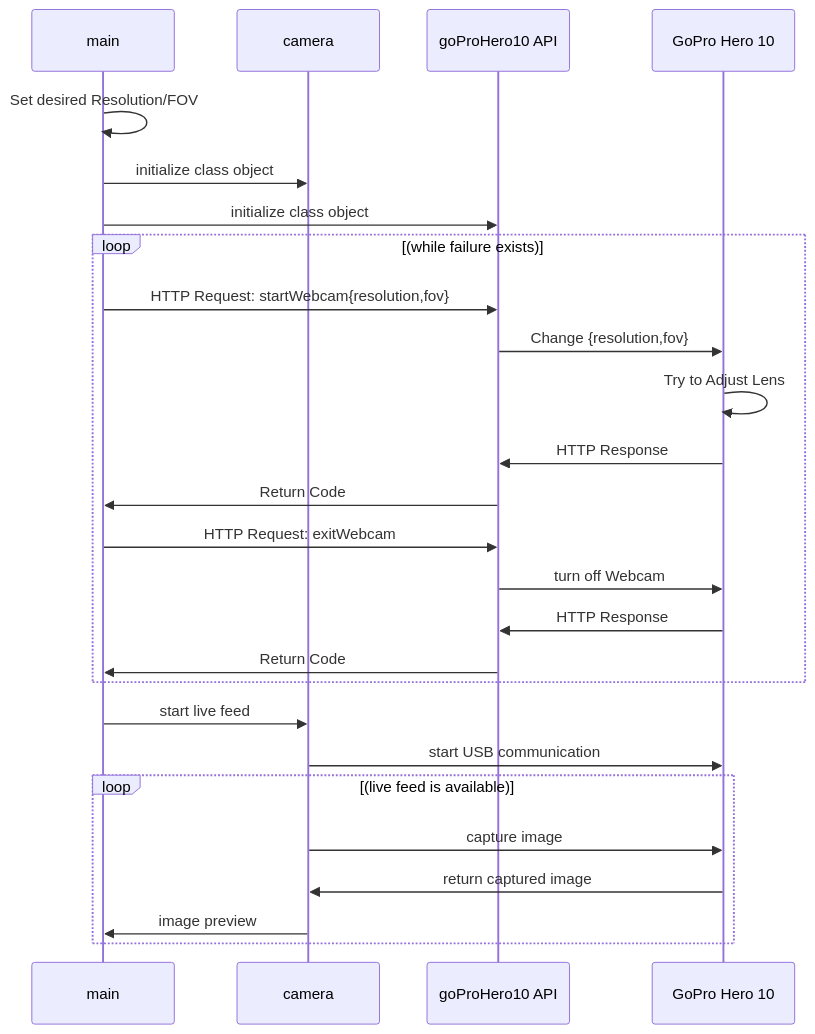
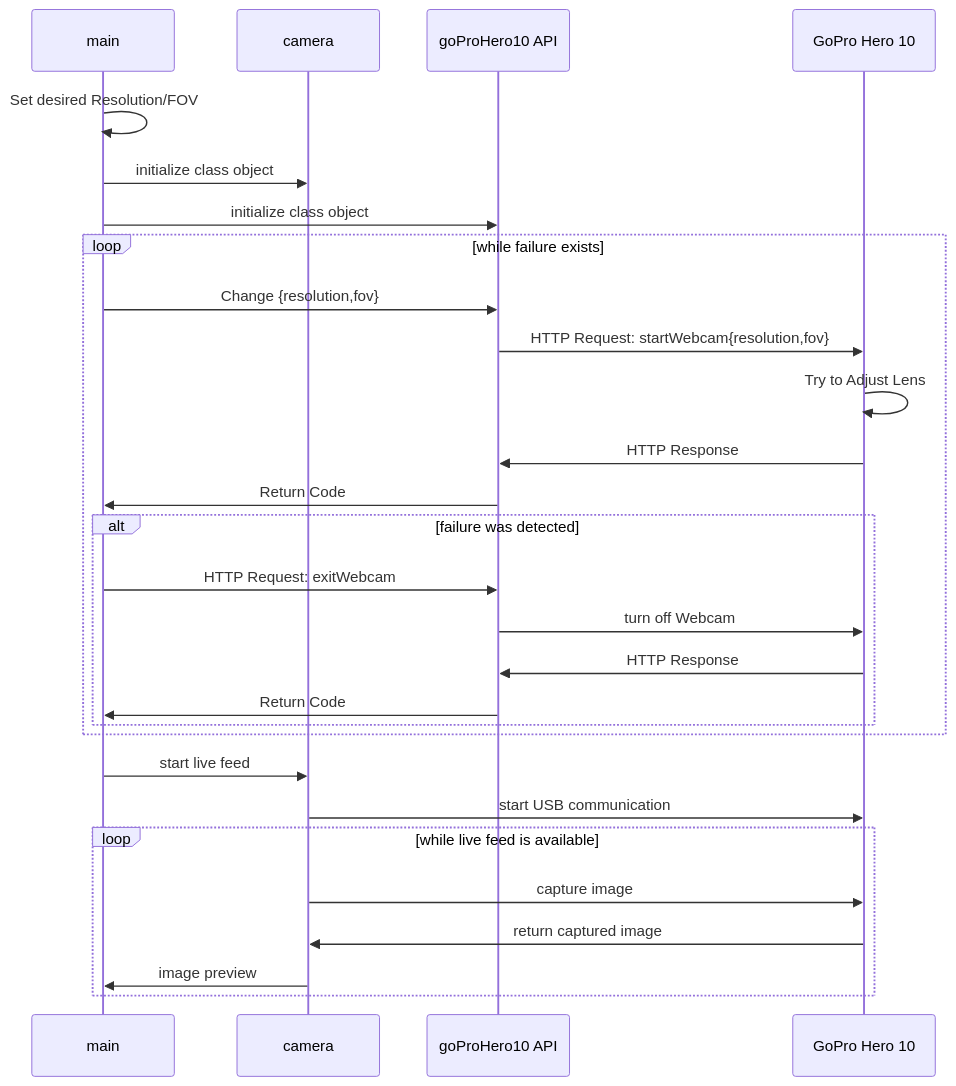
Before and after one commit to conradoguimaraes/goProHero10: the diagram in README.md, drawn with Mermaid. The commit also changed other lines of this file, not shown here.

````diff
--- a/README.md
+++ b/README.md
@@ -12,28 +12,29 @@
 ```mermaid
 sequenceDiagram
     main->>main: Set desired Resolution/FOV
     main->>camera: initialize class object
     main->>goProHero10 API: initialize class object
-    loop (while failure exists)
-      main->>goProHero10 API: HTTP Request: startWebcam{resolution,fov}
-      goProHero10 API->>GoPro Hero 10: Change {resolution,fov}
+    loop while failure exists
+      main->>goProHero10 API: Change {resolution,fov}
+      goProHero10 API->>GoPro Hero 10: HTTP Request: startWebcam{resolution,fov}
       GoPro Hero 10->>GoPro Hero 10: Try to Adjust Lens
       GoPro Hero 10->>goProHero10 API: HTTP Response
       goProHero10 API->>main: Return Code
-
-      main->>goProHero10 API: HTTP Request: exitWebcam
-      goProHero10 API->>GoPro Hero 10: turn off Webcam
-      GoPro Hero 10->>goProHero10 API: HTTP Response
-      goProHero10 API->>main: Return Code
+      alt failure was detected
+          main->>goProHero10 API: HTTP Request: exitWebcam
+          goProHero10 API->>GoPro Hero 10: turn off Webcam
+          GoPro Hero 10->>goProHero10 API: HTTP Response
+          goProHero10 API->>main: Return Code
+      end
    end
 
    main->>camera: start live feed
    camera->>GoPro Hero 10: start USB communication
    
-   loop (live feed is available)
+   loop while live feed is available
      camera->>GoPro Hero 10: capture image
      GoPro Hero 10->>camera: return captured image
      camera->>main: image preview
    end
     
 ```
````
